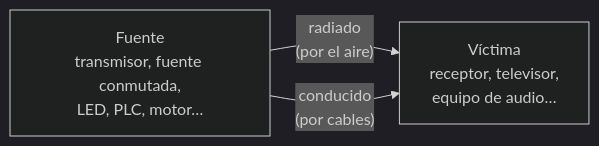
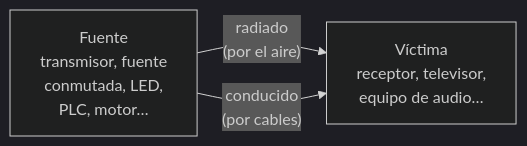
One commit to mshodai/manual-radioaficionado changed the first of 2 diagrams in docs/08-interferencias.md. Above: the diagram before and after it, drawn with Mermaid (dark theme). The commit also changed other lines of this file and 33 other files, not shown here.

````diff
--- a/docs/08-interferencias.md
+++ b/docs/08-interferencias.md
@@ -11,5 +11,5 @@
 ```mermaid
 flowchart LR
-    F["Fuente<br/>transmisor, fuente conmutada,<br/>LED, PLC, motor…"] -->|"radiado<br/>(por el aire)"| V["Víctima<br/>receptor, televisor,<br/>equipo de audio…"]
+    F["Fuente<br/>transmisor, fuente<br/>conmutada, LED,<br/>PLC, motor…"] -->|"radiado<br/>(por el aire)"| V["Víctima<br/>receptor, televisor,<br/>equipo de audio…"]
     F -->|"conducido<br/>(por cables)"| V
 ```
````
